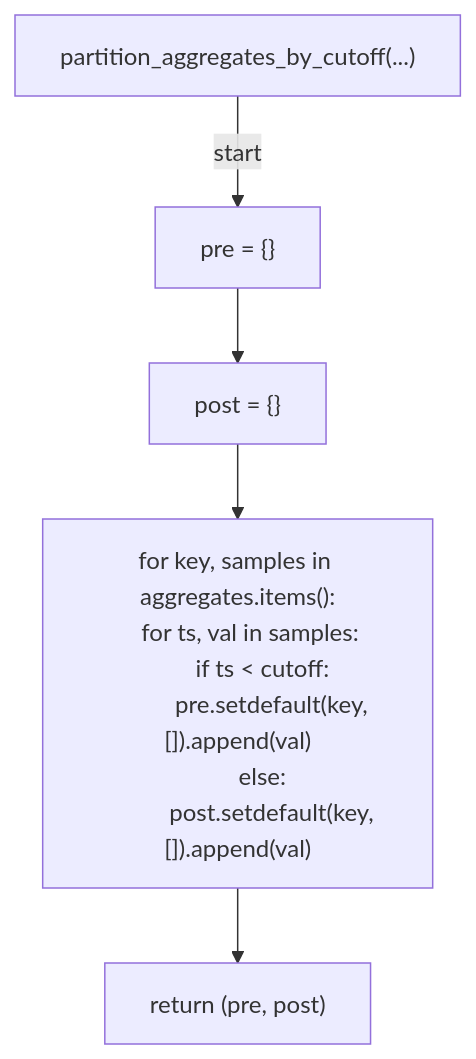
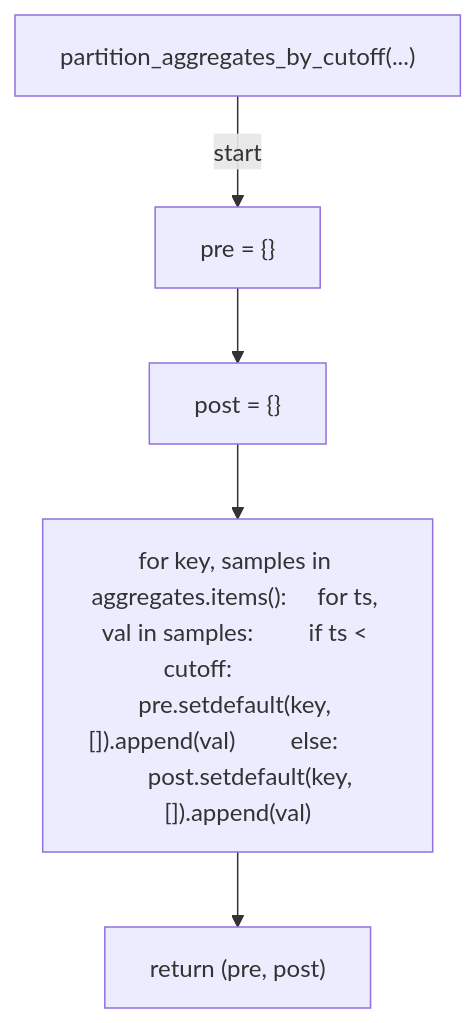
The tenth of 25 diagrams in docs/generated/scripts/ast/analyze_ci_timings.md (tvna/claude-md), drawn with Mermaid before and after one commit. The commit also changed other lines of this file and 20 other files, not shown here.

First line of the commit message:
docs(generated): regenerate decision tree and workflow diagrams (batch 1/5)

````diff
--- a/docs/generated/scripts/ast/analyze_ci_timings.md
+++ b/docs/generated/scripts/ast/analyze_ci_timings.md
@@ -244,17 +174,12 @@
 ```mermaid
 flowchart TD
     N001["partition_aggregates_by_cutoff(...)"]
     N002["pre = {}"]
     N003["post = {}"]
-    N004["for key, samples in aggregates.items():
-    for ts, val in samples:
-        if ts < cutoff:
-            pre.setdefault(key, []).append(val)
-        else:
-            post.setdefault(key, []).append(val)"]
+    N004["for key, samples in aggregates.items():     for ts, val in samples:         if ts < cutoff:             pre.setdefault(key, []).append(val)         else:             post.setdefault(key, []).append(val)"]
     N005["return (pre, post)"]
     N001 -->|"start"| N002
     N002 --> N003
     N003 --> N004
     N004 --> N005
 ```
````
